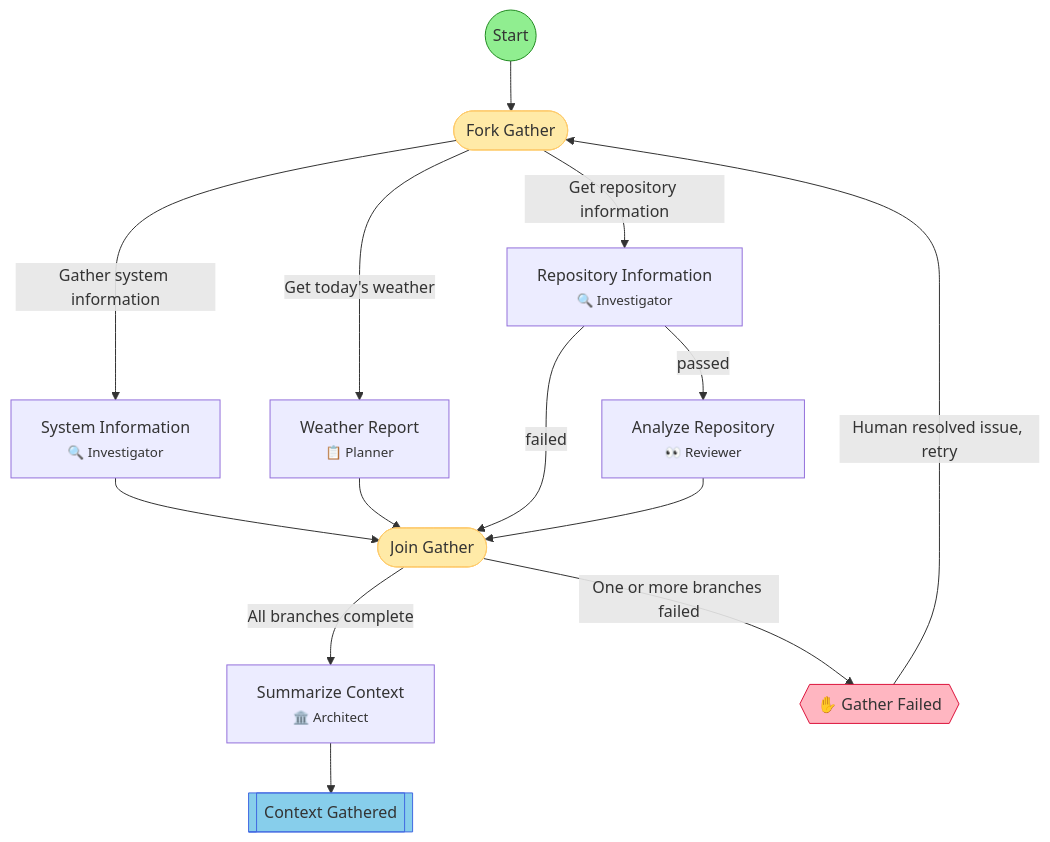
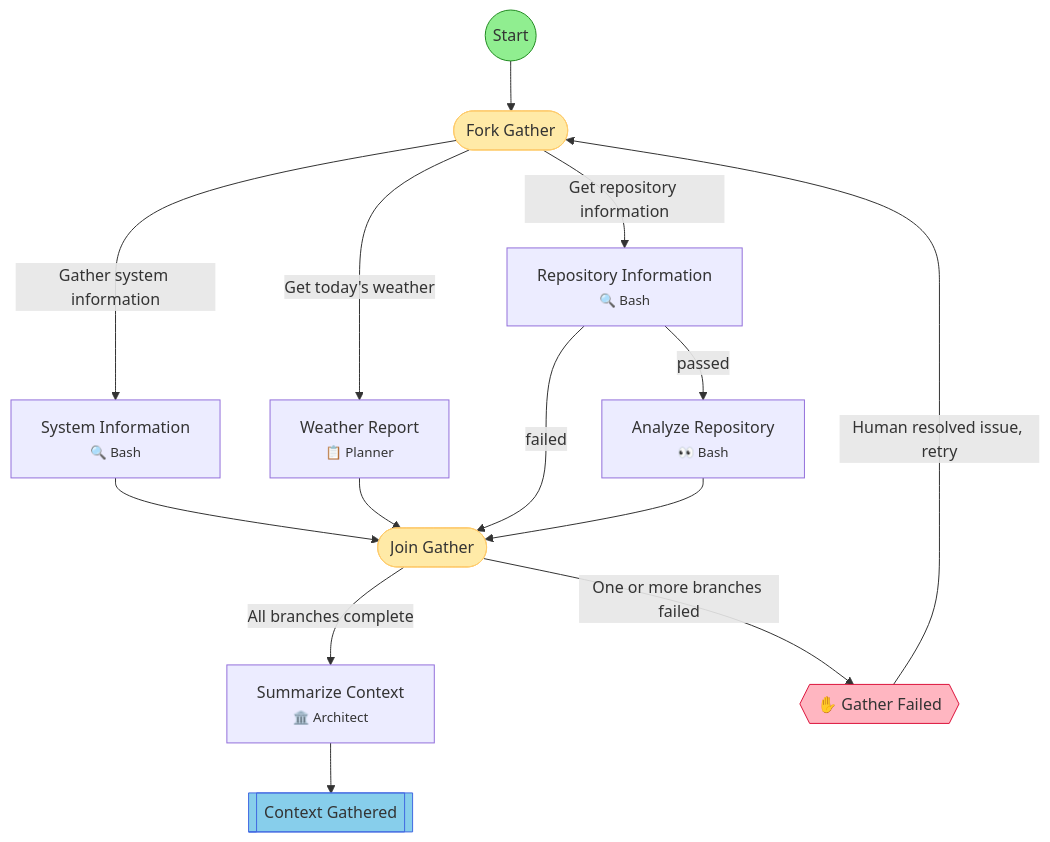
The diagram in .flow/diagrams/context-gather.md (leclabs/agent-toolkit), drawn with Mermaid before and after one commit. The commit also changed other lines of this file and 6 other files, not shown here.

````diff
--- a/.flow/diagrams/context-gather.md
+++ b/.flow/diagrams/context-gather.md
@@ -7,38 +7,38 @@
 ```mermaid
 flowchart TD
     start(("Start"))
     fork_gather(["Fork Gather"])
-    system_info["System Information<br/><small>🔍 Investigator</small>"]
+    system_info["System Information<br/><small>🔍 Bash</small>"]
     weather_info["Weather Report<br/><small>📋 Planner</small>"]
-    repo_info["Repository Information<br/><small>🔍 Investigator</small>"]
-    repo_analyze["Analyze Repository<br/><small>👀 Reviewer</small>"]
+    repo_info["Repository Information<br/><small>🔍 Bash</small>"]
+    repo_analyze["Analyze Repository<br/><small>👀 Bash</small>"]
     join_gather(["Join Gather"])
     summarize["Summarize Context<br/><small>🏛️ Architect</small>"]
     end_success[["Context Gathered"]]
     hitl_failed{{"✋ Gather Failed"}}
 
     start --> fork_gather
     fork_gather -->|Gather system information| system_info
     fork_gather -->|Get today's weather| weather_info
     fork_gather -->|Get repository information| repo_info
     system_info --> join_gather
     weather_info --> join_gather
     repo_info -->|passed| repo_analyze
     repo_info -->|failed| join_gather
     repo_analyze --> join_gather
     join_gather -->|All branches complete| summarize
     join_gather -->|One or more branches failed| hitl_failed
     summarize --> end_success
     hitl_failed -->|Human resolved issue, retry| fork_gather
 
     classDef startStep fill:#90EE90,stroke:#228B22
     classDef successStep fill:#87CEEB,stroke:#4169E1
     classDef hitlStep fill:#FFB6C1,stroke:#DC143C
     classDef gateStep fill:#E6E6FA,stroke:#9370DB
     classDef forkJoinStep fill:#FFEAA7,stroke:#FDCB6E
     classDef currentStep fill:#FFD700,stroke:#FF8C00,stroke-width:3px
     class start startStep
     class end_success successStep
     class hitl_failed hitlStep
     class fork_gather,join_gather forkJoinStep
 ```
````
